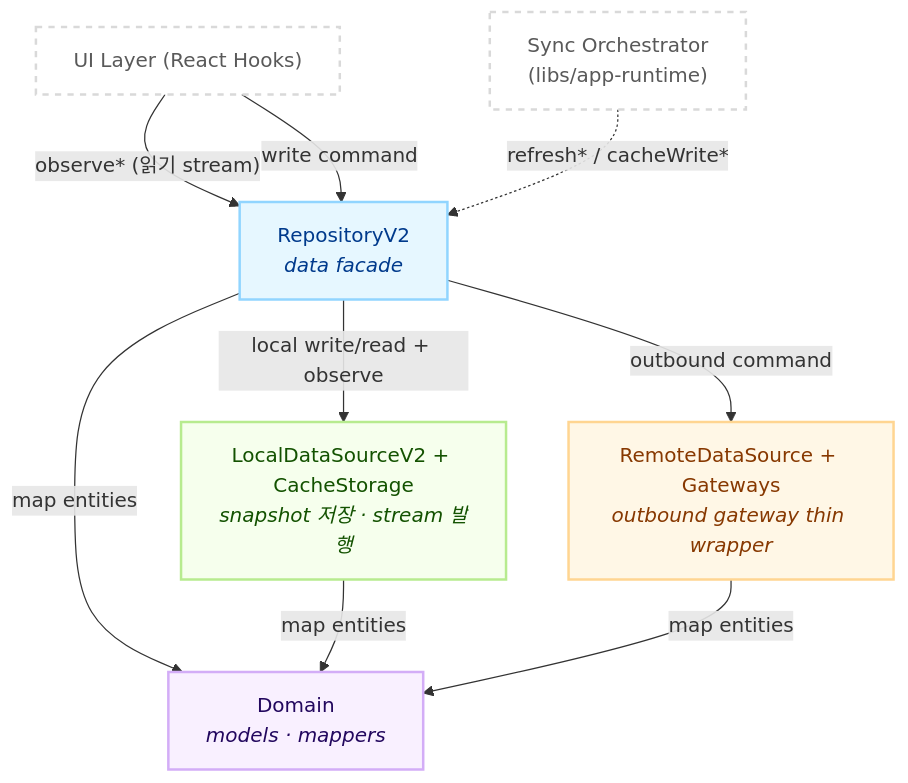
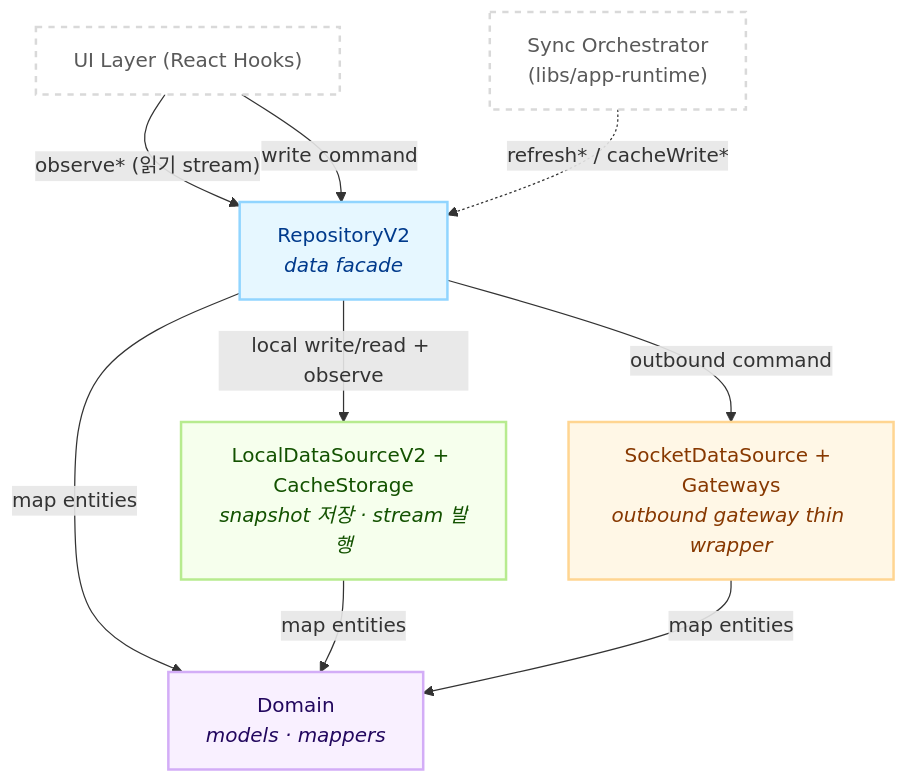
Before and after one commit to lemoncloud-io/dou-app: the first of 5 diagrams in libs/data/README.md, drawn with Mermaid. The commit also changed other lines of this file and 972 other files, not shown here.

````diff
--- a/libs/data/README.md
+++ b/libs/data/README.md
@@ -41,25 +41,25 @@
 ```mermaid
 flowchart TD
     classDef repository fill:#e6f7ff,stroke:#91d5ff,stroke-width:2px,color:#003a8c;
     classDef local fill:#f6ffed,stroke:#b7eb8f,stroke-width:2px,color:#135200;
     classDef remote fill:#fff7e6,stroke:#ffd591,stroke-width:2px,color:#873800;
     classDef domain fill:#f9f0ff,stroke:#d3adf7,stroke-width:2px,color:#22075e;
     classDef ext fill:#ffffff,stroke:#d9d9d9,stroke-width:2px,color:#595959,stroke-dasharray: 5 5;
 
     UI["UI Layer (React Hooks)"]:::ext
     Sync["Sync Orchestrator<br/>(libs/app-runtime)"]:::ext
 
     Repo["RepositoryV2<br/><i>data facade</i>"]:::repository
     Local["LocalDataSourceV2 + CacheStorage<br/><i>snapshot 저장 · stream 발행</i>"]:::local
-    Remote["RemoteDataSource + Gateways<br/><i>outbound gateway thin wrapper</i>"]:::remote
+    Remote["SocketDataSource + Gateways<br/><i>outbound gateway thin wrapper</i>"]:::remote
     Domain["Domain<br/><i>models · mappers</i>"]:::domain
 
     UI -->|"observe* (읽기 stream)"| Repo
     UI -->|"write command"| Repo
     Sync -.->|"refresh* / cacheWrite*"| Repo
 
     Repo -->|"local write/read + observe"| Local
     Repo -->|"outbound command"| Remote
 
     Repo & Local & Remote -->|"map entities"| Domain
 ```
````
